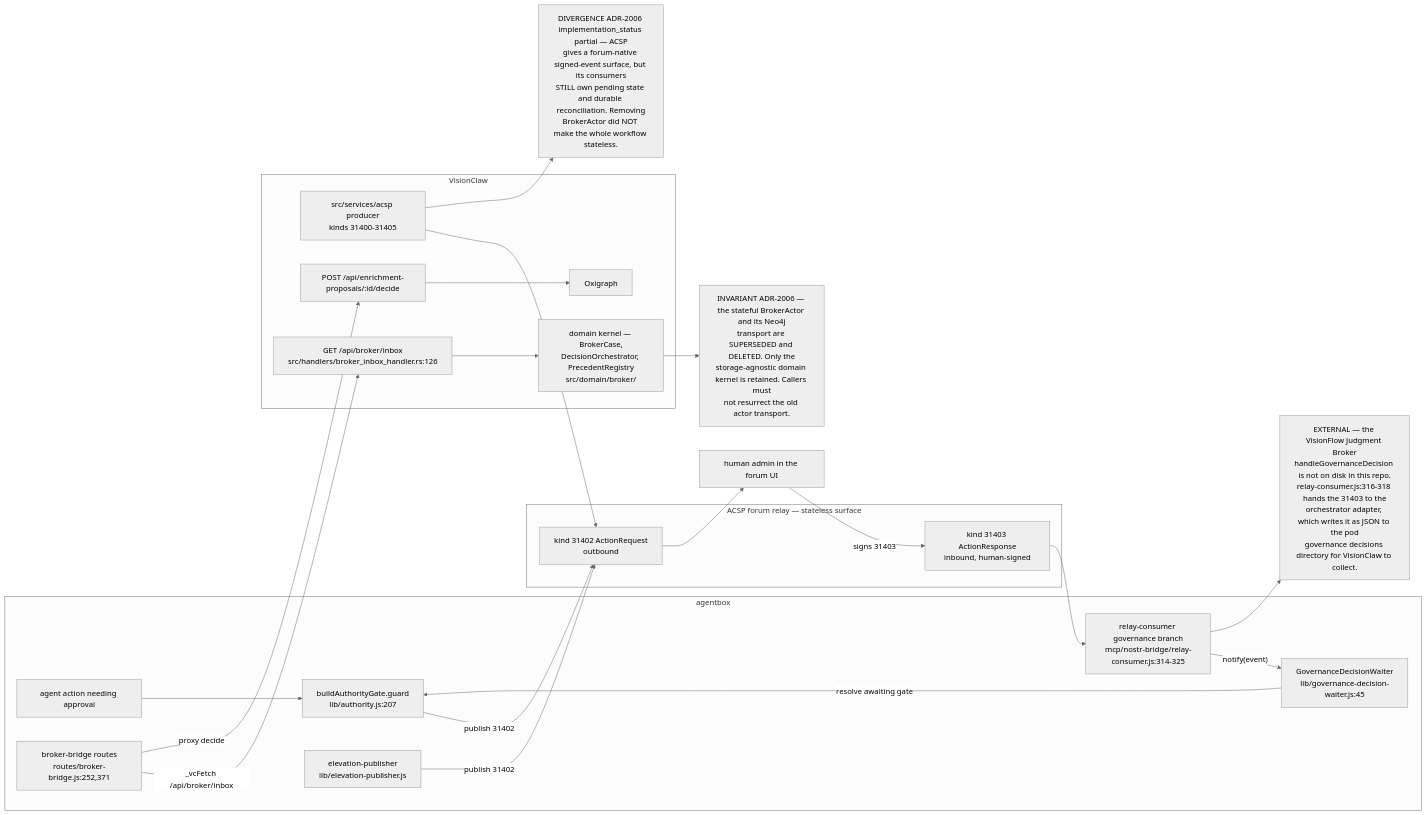
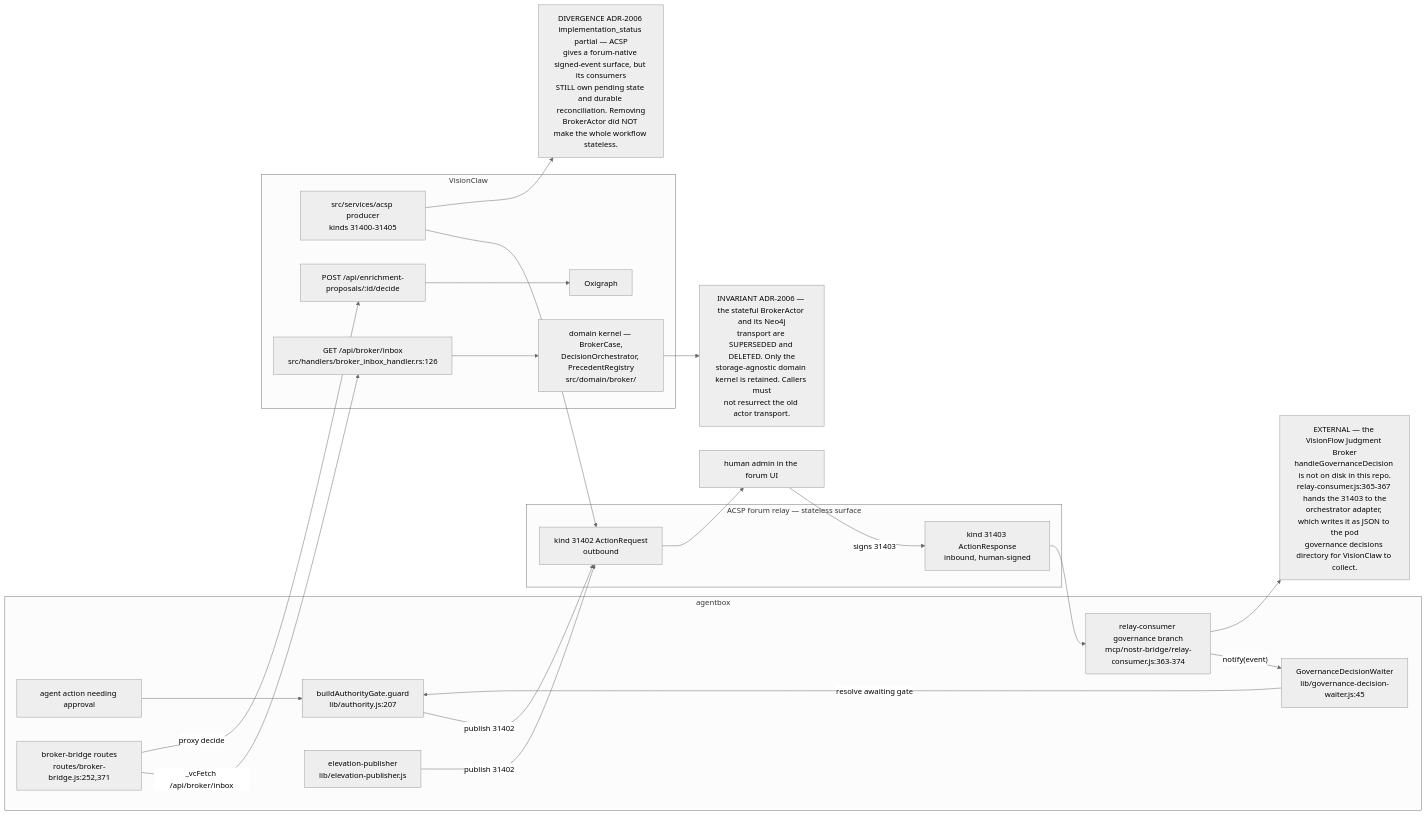
One commit to DreamLab-AI/AR-AI-Knowledge-Graph changed the first of 10 diagrams in docs/diagrams/estate/05-governance-loop-across-estate.md. Above: the diagram before and after it, drawn with Mermaid (neutral theme). The commit also changed other lines of this file and 73 other files, not shown here.

First line of the commit message:
docs(diagrams): re-verify all 71 topic files against HEAD; add --cite-check

````diff
--- a/docs/diagrams/estate/05-governance-loop-across-estate.md
+++ b/docs/diagrams/estate/05-governance-loop-across-estate.md
@@ -30,45 +30,45 @@
 ```mermaid
 flowchart LR
     subgraph ab["agentbox"]
         ACT["agent action needing approval"]
         GATE["buildAuthorityGate.guard<br/>lib/authority.js:207"]
         ELEV["elevation-publisher<br/>lib/elevation-publisher.js"]
         WAIT["GovernanceDecisionWaiter<br/>lib/governance-decision-waiter.js:45"]
-        RC["relay-consumer governance branch<br/>mcp/nostr-bridge/relay-consumer.js:314-325"]
+        RC["relay-consumer governance branch<br/>mcp/nostr-bridge/relay-consumer.js:363-374"]
         BB["broker-bridge routes<br/>routes/broker-bridge.js:252,371"]
     end
     subgraph forum["ACSP forum relay — stateless surface"]
         K2["kind 31402 ActionRequest<br/>outbound"]
         K3["kind 31403 ActionResponse<br/>inbound, human-signed"]
     end
     subgraph vc["VisionClaw"]
         ACSP["src/services/acsp producer<br/>kinds 31400-31405"]
         INBOX["GET /api/broker/inbox<br/>src/handlers/broker_inbox_handler.rs:126"]
         KERNEL["domain kernel — BrokerCase,<br/>DecisionOrchestrator, PrecedentRegistry<br/>src/domain/broker/"]
         DEC["POST /api/enrichment-proposals/:id/decide"]
         OX["Oxigraph"]
     end
     HUM["human admin in the forum UI"]
 
     ACT --> GATE
     GATE -- "publish 31402" --> K2
     ELEV -- "publish 31402" --> K2
     K2 --> HUM
     HUM -- "signs 31403" --> K3
     K3 --> RC
     RC -- "notify(event)" --> WAIT
     WAIT -- "resolve awaiting gate" --> GATE
     BB -- "_vcFetch /api/broker/inbox" --> INBOX
     INBOX --> KERNEL
     BB -- "proxy decide" --> DEC
     DEC --> OX
     ACSP --> K2
 
     INV["INVARIANT ADR-2006 — the stateful BrokerActor and its Neo4j<br/>transport are SUPERSEDED and DELETED. Only the<br/>storage-agnostic domain kernel is retained. Callers must<br/>not resurrect the old actor transport."]
     D1["DIVERGENCE ADR-2006 implementation_status partial — ACSP<br/>gives a forum-native signed-event surface, but its consumers<br/>STILL own pending state and durable reconciliation. Removing<br/>BrokerActor did NOT make the whole workflow stateless."]
-    D2["EXTERNAL — the VisionFlow Judgment Broker<br/>handleGovernanceDecision is not on disk in this repo.<br/>relay-consumer.js:316-318 hands the 31403 to the<br/>orchestrator adapter, which writes it as JSON to the pod<br/>governance decisions directory for VisionClaw to collect."]
+    D2["EXTERNAL — the VisionFlow Judgment Broker<br/>handleGovernanceDecision is not on disk in this repo.<br/>relay-consumer.js:365-367 hands the 31403 to the<br/>orchestrator adapter, which writes it as JSON to the pod<br/>governance decisions directory for VisionClaw to collect."]
 
     KERNEL --> INV
     ACSP --> D1
     RC --> D2
 ```
````
